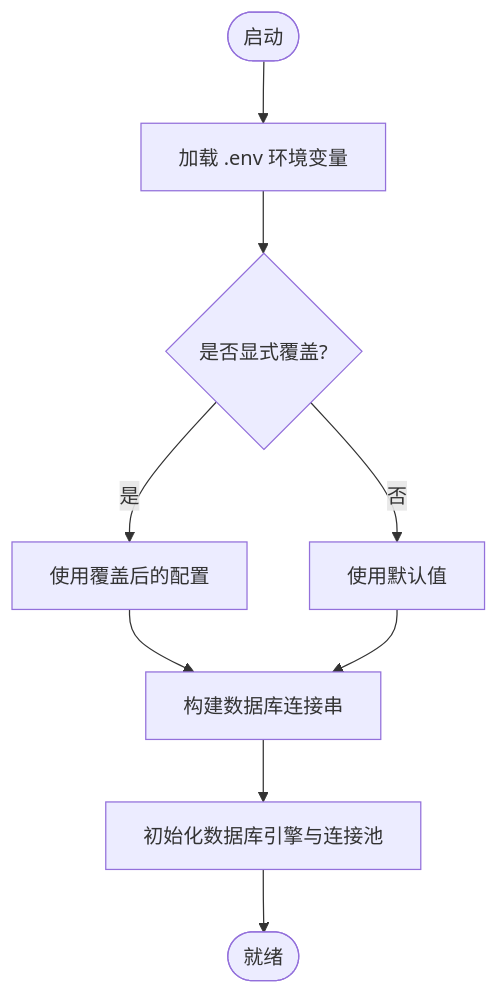
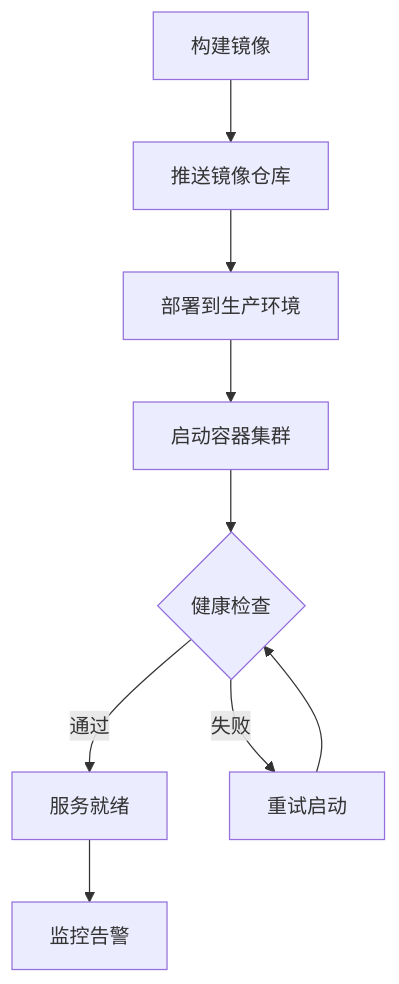
The third of 4 diagrams in .qoder/repowiki/zh/content/开发指南/部署指南/生产环境部署.md (gujialind/InvestRing), drawn with Mermaid before and after one commit. The commit also changed other lines of this file and 32 other files, not shown here.

````diff
--- a/.qoder/repowiki/zh/content/开发指南/部署指南/生产环境部署.md
+++ b/.qoder/repowiki/zh/content/开发指南/部署指南/生产环境部署.md
@@ -170,11 +172,11 @@
 ```mermaid
 flowchart TD
-Start(["启动"]) --> LoadEnv["加载 .env 环境变量"]
-LoadEnv --> Override{"是否显式覆盖?"}
-Override --> |是| UseOverride["使用覆盖后的配置"]
-Override --> |否| UseDefault["使用默认值"]
-UseOverride --> BuildURL["构建数据库连接串"]
-UseDefault --> BuildURL
-BuildURL --> InitDB["初始化数据库引擎与连接池"]
-InitDB --> Ready(["就绪"])
+Build["构建镜像"] --> Push["推送镜像仓库"]
+Push --> Deploy["部署到生产环境"]
+Deploy --> Start["启动容器集群"]
+Start --> HealthCheck{"健康检查"}
+HealthCheck --> |通过| Ready["服务就绪"]
+HealthCheck --> |失败| Retry["重试启动"]
+Retry --> HealthCheck
+Ready --> Monitor["监控告警"]
 ```
````
